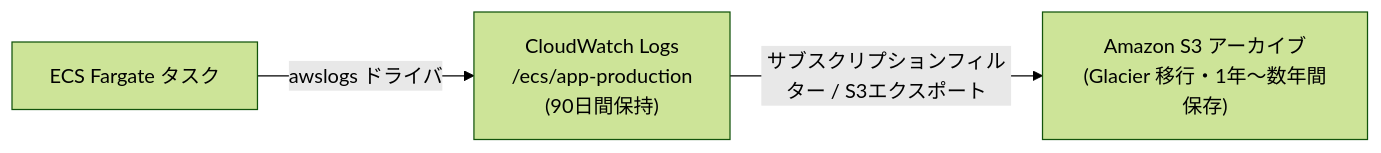
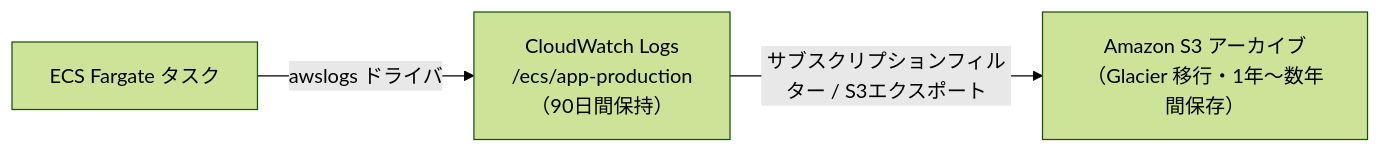
One commit to hide104y/markdown changed diagram 15 of 17 in AWS：ECS.md. Above: the diagram before and after it, drawn with Mermaid (forest theme). The commit also changed other lines of this file, not shown here.

Commit message:
GitHubのMermaidパーサーとの互換性考慮（その２）

````diff
--- a/AWS：ECS.md
+++ b/AWS：ECS.md
@@ -1799,5 +1803,5 @@
 ```mermaid
 flowchart LR
-    ECS["ECS Fargate タスク"] -->|"awslogs ドライバ"| CW_Logs["CloudWatch Logs<br>/ecs/app-production<br>(90日間保持)"]
-    CW_Logs -->|"サブスクリプションフィルター / S3エクスポート"| S3_Archive["Amazon S3 アーカイブ<br>(Glacier 移行・1年〜数年間保存)"]
+    ECS["ECS Fargate タスク"] -->|"awslogs ドライバ"| CW_Logs["CloudWatch Logs<br>/ecs/app-production<br>（90日間保持）"]
+    CW_Logs -->|"サブスクリプションフィルター / S3エクスポート"| S3_Archive["Amazon S3 アーカイブ<br>（Glacier 移行・1年〜数年間保存）"]
 ```
````
